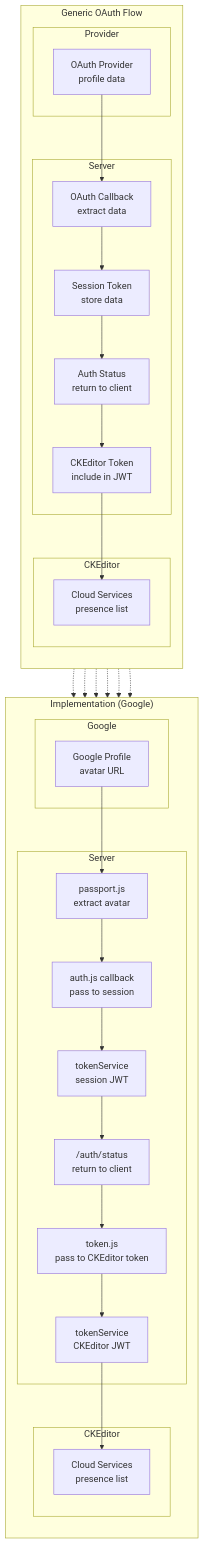
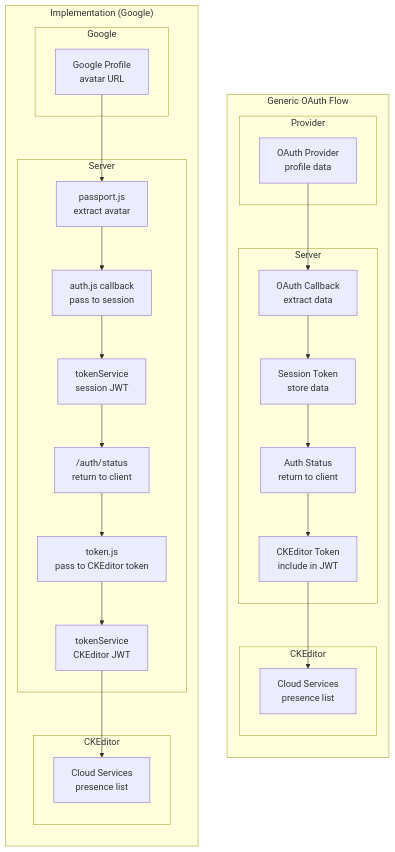
Before and after one commit to Simply007/Mermaid-showcase: the second of 3 diagrams in README.md, drawn with Mermaid.

````diff
--- a/README.md
+++ b/README.md
@@ -21,45 +21,38 @@
 ```mermaid
 flowchart TD
     subgraph Generic["Generic OAuth Flow"]
         direction TB
         subgraph Provider
             GP[OAuth Provider<br/>profile data]
         end
         subgraph Server1[Server]
             GC[OAuth Callback<br/>extract data]
             GS[Session Token<br/>store data]
             GA[Auth Status<br/>return to client]
             GT[CKEditor Token<br/>include in JWT]
         end
         subgraph CKEditor1[CKEditor]
             GE[Cloud Services<br/>presence list]
         end
         GP --> GC --> GS --> GA --> GT --> GE
     end
 
     subgraph Concrete["Implementation (Google)"]
         direction TB
         subgraph Google
             IG[Google Profile<br/>avatar URL]
         end
         subgraph Server2[Server]
             IP[passport.js<br/>extract avatar]
             IA[auth.js callback<br/>pass to session]
             IT1[tokenService<br/>session JWT]
             IS["/auth/status<br/>return to client"]
             IT2[token.js<br/>pass to CKEditor token]
             IT3[tokenService<br/>CKEditor JWT]
         end
         subgraph CKEditor2[CKEditor]
             IC[Cloud Services<br/>presence list]
         end
         IG --> IP --> IA --> IT1 --> IS --> IT2 --> IT3 --> IC
     end
-
-    GP -.-> IG
-    GC -.-> IP
-    GS -.-> IT1
-    GA -.-> IS
-    GT -.-> IT2
-    GE -.-> IC
 ```
````
